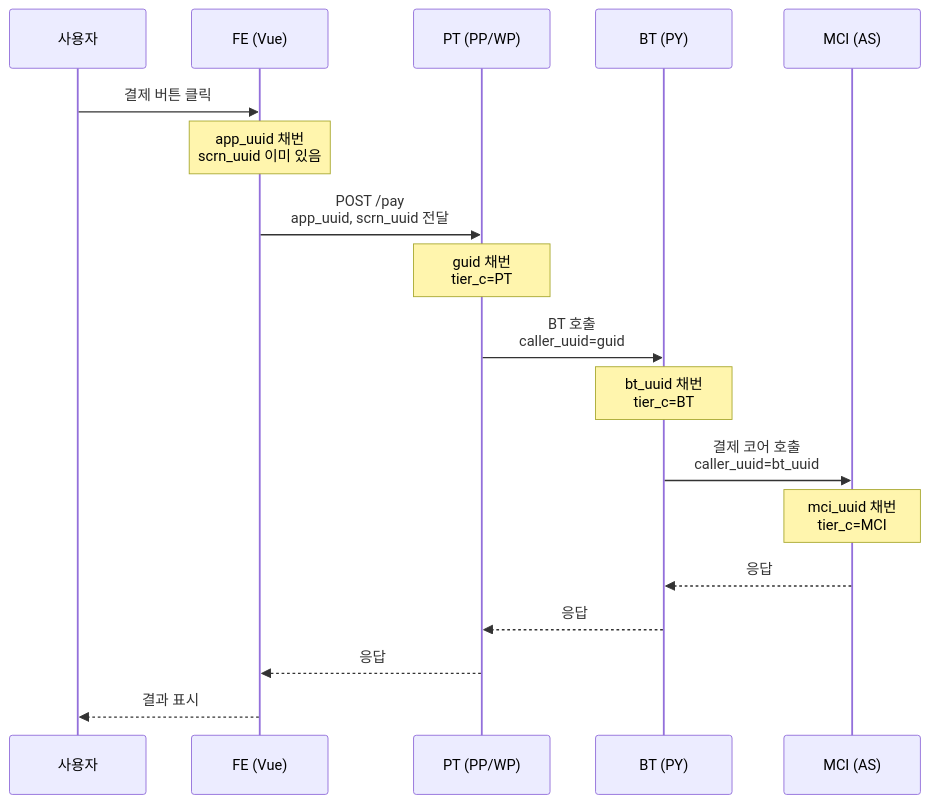
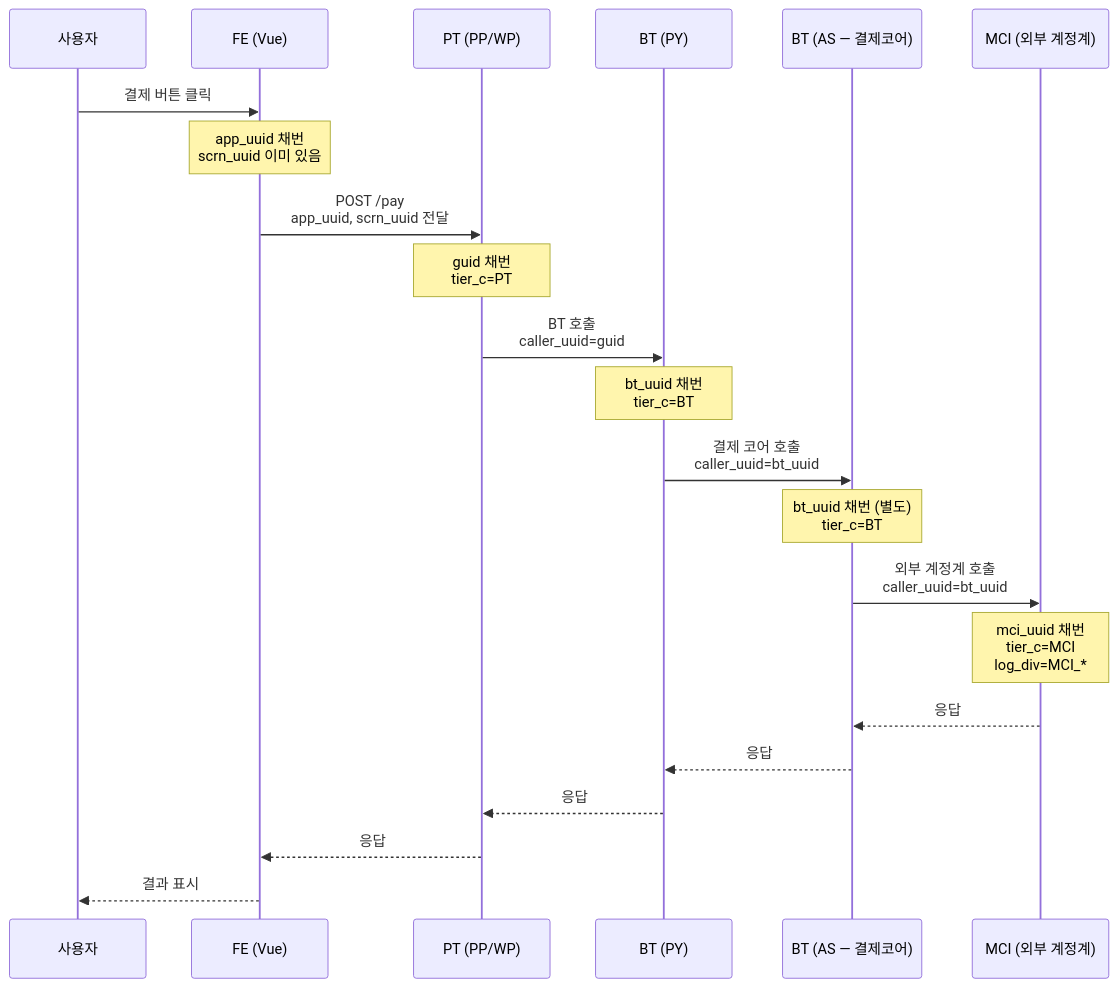
The third of 3 diagrams in docs/99-tier-tracing.md (corollazer0/elk-learning), drawn with Mermaid before and after one commit. The commit also changed other lines of this file and 2 other files, not shown here.

````diff
--- a/docs/99-tier-tracing.md
+++ b/docs/99-tier-tracing.md
@@ -97,21 +97,25 @@
 ```mermaid
 sequenceDiagram
     participant U as 사용자
     participant FE as FE (Vue)
     participant PT as PT (PP/WP)
-    participant BT as BT (PY)
-    participant MCI as MCI (AS)
+    participant BT_PY as BT (PY)
+    participant BT_AS as BT (AS — 결제코어)
+    participant MCI as MCI (외부 계정계)
 
     U->>FE: 결제 버튼 클릭
     Note over FE: app_uuid 채번<br/>scrn_uuid 이미 있음
     FE->>PT: POST /pay<br/>app_uuid, scrn_uuid 전달
     Note over PT: guid 채번<br/>tier_c=PT
-    PT->>BT: BT 호출<br/>caller_uuid=guid
-    Note over BT: bt_uuid 채번<br/>tier_c=BT
-    BT->>MCI: 결제 코어 호출<br/>caller_uuid=bt_uuid
-    Note over MCI: mci_uuid 채번<br/>tier_c=MCI
-    MCI-->>BT: 응답
-    BT-->>PT: 응답
+    PT->>BT_PY: BT 호출<br/>caller_uuid=guid
+    Note over BT_PY: bt_uuid 채번<br/>tier_c=BT
+    BT_PY->>BT_AS: 결제 코어 호출<br/>caller_uuid=bt_uuid
+    Note over BT_AS: bt_uuid 채번 (별도)<br/>tier_c=BT
+    BT_AS->>MCI: 외부 계정계 호출<br/>caller_uuid=bt_uuid
+    Note over MCI: mci_uuid 채번<br/>tier_c=MCI<br/>log_div=MCI_*
+    MCI-->>BT_AS: 응답
+    BT_AS-->>BT_PY: 응답
+    BT_PY-->>PT: 응답
     PT-->>FE: 응답
     FE-->>U: 결과 표시
 ```
````
